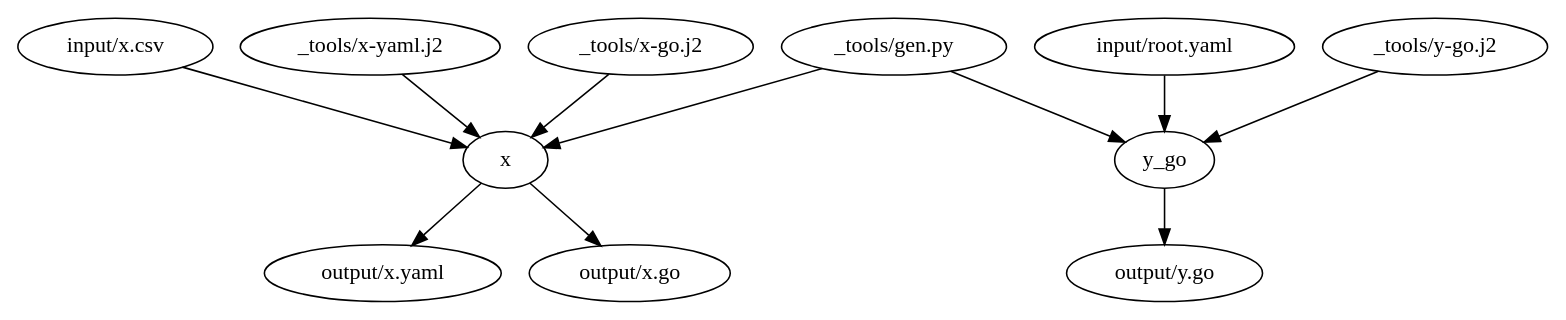
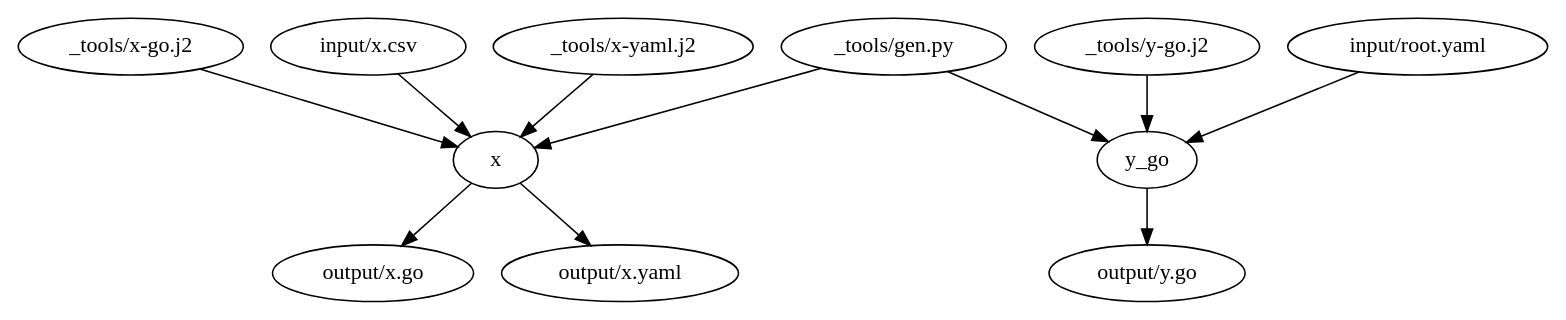
Before and after one commit to podhmo/egoist: the diagram in examples/e2e/customize/02makegen-command/graph.dot, drawn with Graphviz. The commit also changed 2 other files, not shown here.

Commit message:
chore: sorted output

```diff
--- a/examples/e2e/customize/02makegen-command/graph.dot
+++ b/examples/e2e/customize/02makegen-command/graph.dot
@@ -1,26 +1,26 @@
 digraph G {
     // nodes
     g0 [label="x", shape=oval];
-    g1 [label="output/x.yaml", shape=oval];
-    g2 [label="output/x.go", shape=oval];
+    g1 [label="output/x.go", shape=oval];
+    g2 [label="output/x.yaml", shape=oval];
     g3 [label="y_go", shape=oval];
     g4 [label="output/y.go", shape=oval];
-    g5 [label="input/x.csv", shape=oval];
-    g6 [label="_tools/gen.py", shape=oval];
-    g7 [label="_tools/x-yaml.j2", shape=oval];
-    g8 [label="_tools/x-go.j2", shape=oval];
-    g9 [label="input/root.yaml", shape=oval];
-    g10 [label="_tools/y-go.j2", shape=oval];
+    g5 [label="_tools/x-go.j2", shape=oval];
+    g6 [label="input/x.csv", shape=oval];
+    g7 [label="_tools/gen.py", shape=oval];
+    g8 [label="_tools/x-yaml.j2", shape=oval];
+    g9 [label="_tools/y-go.j2", shape=oval];
+    g10 [label="input/root.yaml", shape=oval];
 
     // edges
     g5 -> g0;
     g6 -> g0;
     g7 -> g0;
     g8 -> g0;
     g0 -> g1;
     g0 -> g2;
     g9 -> g3;
-    g6 -> g3;
     g10 -> g3;
+    g7 -> g3;
     g3 -> g4;
 }
```
